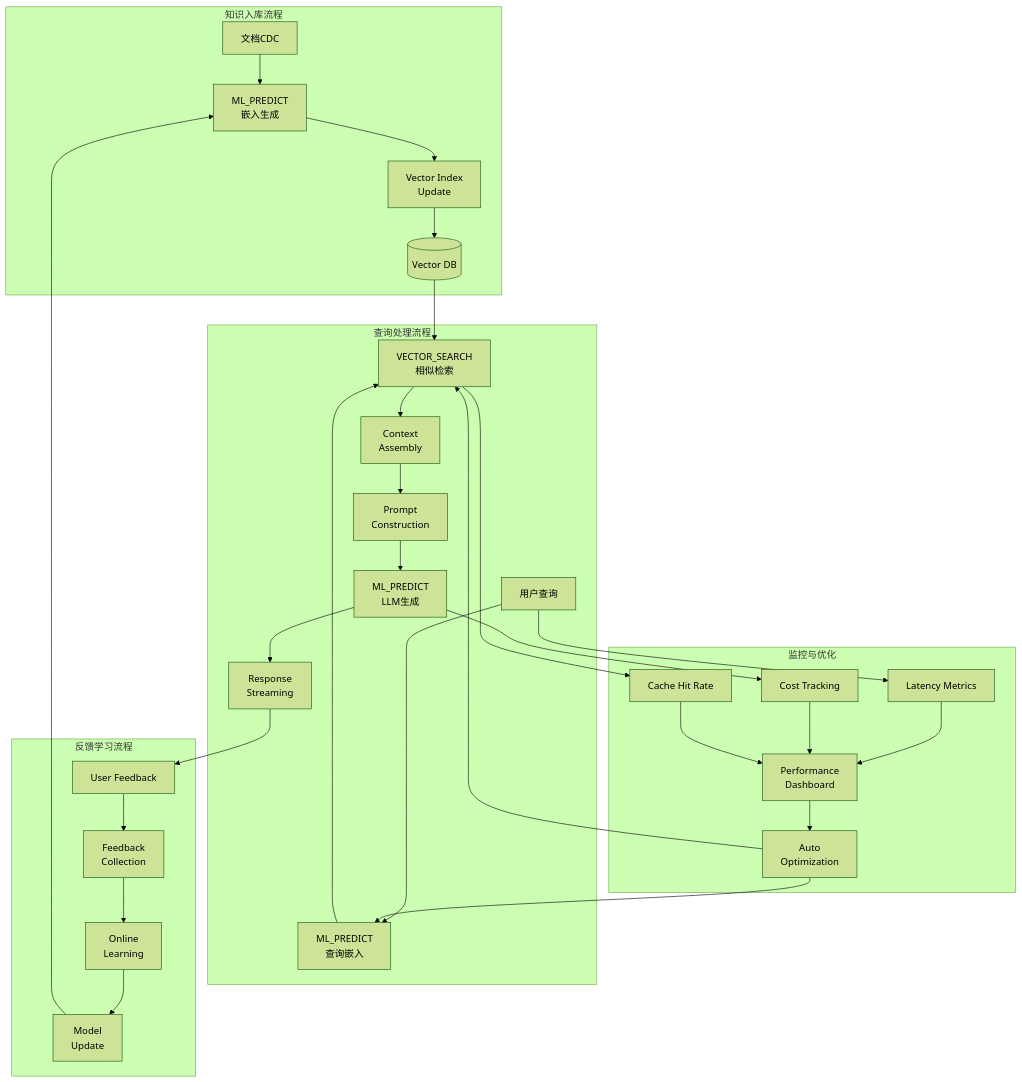
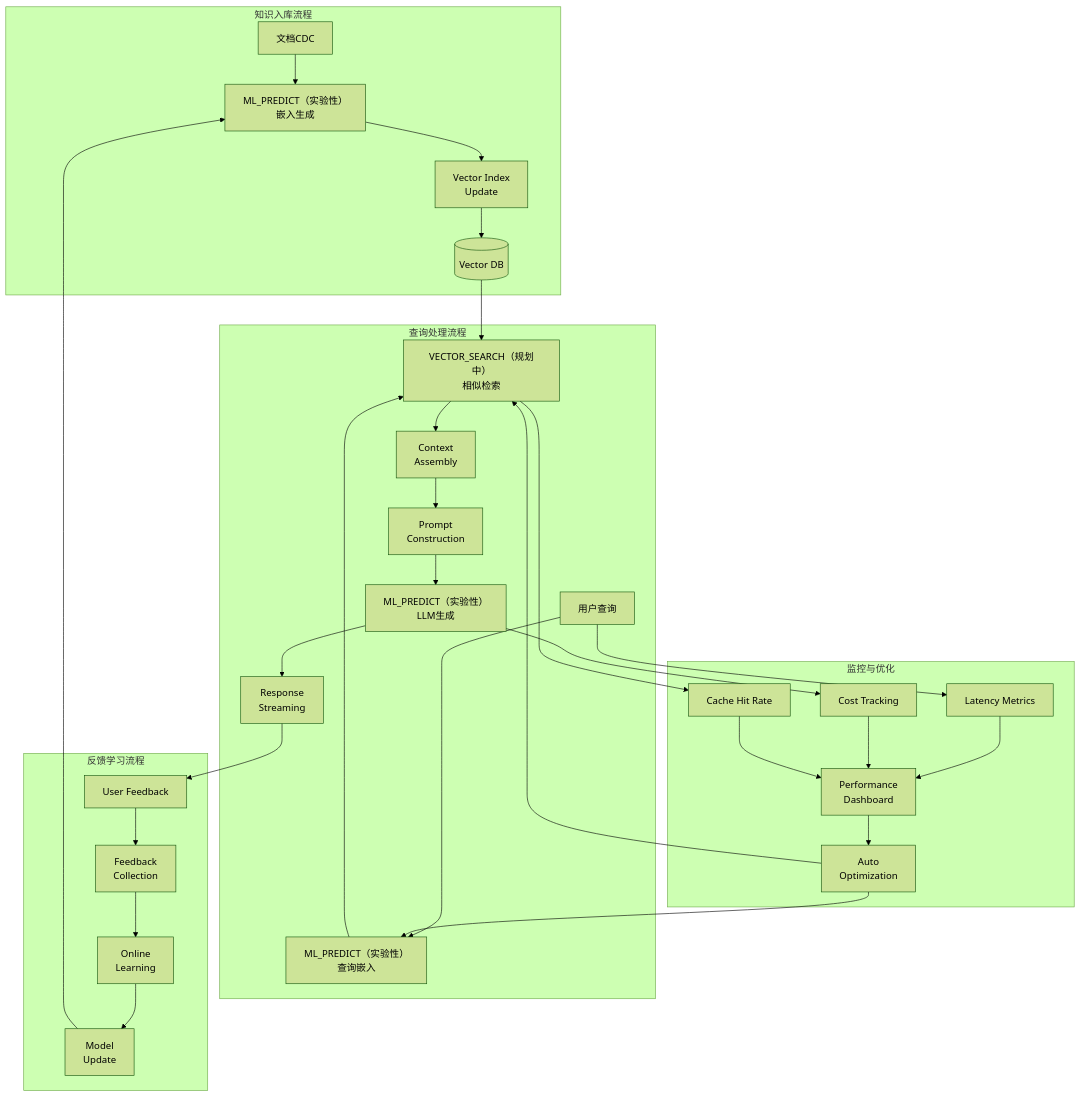
One commit to AdaMartin18010/AnalysisDataFlow changed the sixth of 11 diagrams in Flink/12-ai-ml/flink-ai-ml-integration-complete-guide.md. Above: the diagram before and after it, drawn with Mermaid (forest theme). The commit also changed other lines of this file and 7 other files, not shown here.

````diff
--- a/Flink/12-ai-ml/flink-ai-ml-integration-complete-guide.md
+++ b/Flink/12-ai-ml/flink-ai-ml-integration-complete-guide.md
@@ -2517,39 +2517,39 @@
 ```mermaid
 flowchart TB
     subgraph Ingestion["知识入库流程"]
-        I1[文档CDC] --> I2[ML_PREDICT<br/>嵌入生成]
+        I1[文档CDC] --> I2[ML_PREDICT（实验性）<br/>嵌入生成]
         I2 --> I3[Vector Index<br/>Update]
         I3 --> I4[(Vector DB)]
     end
 
     subgraph Query["查询处理流程"]
-        Q1[用户查询] --> Q2[ML_PREDICT<br/>查询嵌入]
-        Q2 --> Q3[VECTOR_SEARCH<br/>相似检索]
+        Q1[用户查询] --> Q2[ML_PREDICT（实验性）<br/>查询嵌入]
+        Q2 --> Q3[VECTOR_SEARCH（规划中）<br/>相似检索]
         I4 --> Q3
         Q3 --> Q4[Context<br/>Assembly]
         Q4 --> Q5[Prompt<br/>Construction]
-        Q5 --> Q6[ML_PREDICT<br/>LLM生成]
+        Q5 --> Q6[ML_PREDICT（实验性）<br/>LLM生成]
         Q6 --> Q7[Response<br/>Streaming]
     end
 
     subgraph Feedback["反馈学习流程"]
         F1[User Feedback] --> F2[Feedback<br/>Collection]
         F2 --> F3[Online<br/>Learning]
         F3 --> F4[Model<br/>Update]
         F4 --> I2
     end
 
     subgraph Monitoring["监控与优化"]
         M1[Latency Metrics] --> M2[Performance<br/>Dashboard]
         M3[Cost Tracking] --> M2
         M4[Cache Hit Rate] --> M2
         M2 --> M5[Auto<br/>Optimization]
         M5 --> Q2
         M5 --> Q3
     end
 
     Q7 --> F1
     Q1 --> M1
     Q3 --> M4
     Q6 --> M3
 ```
````
